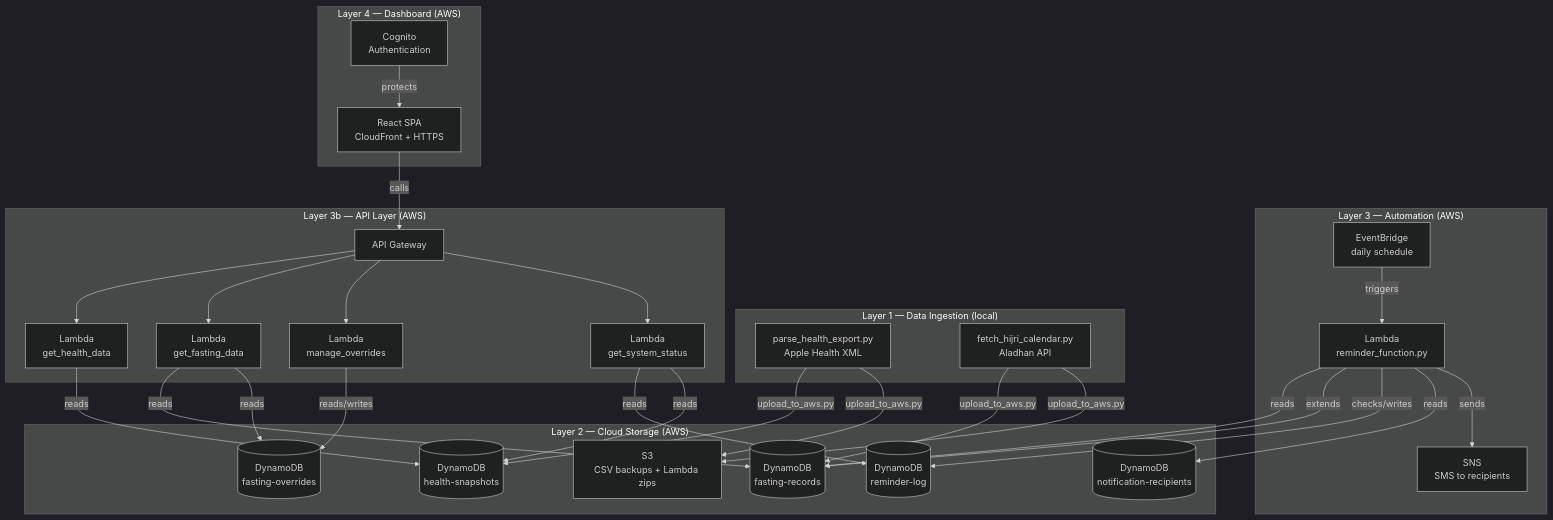
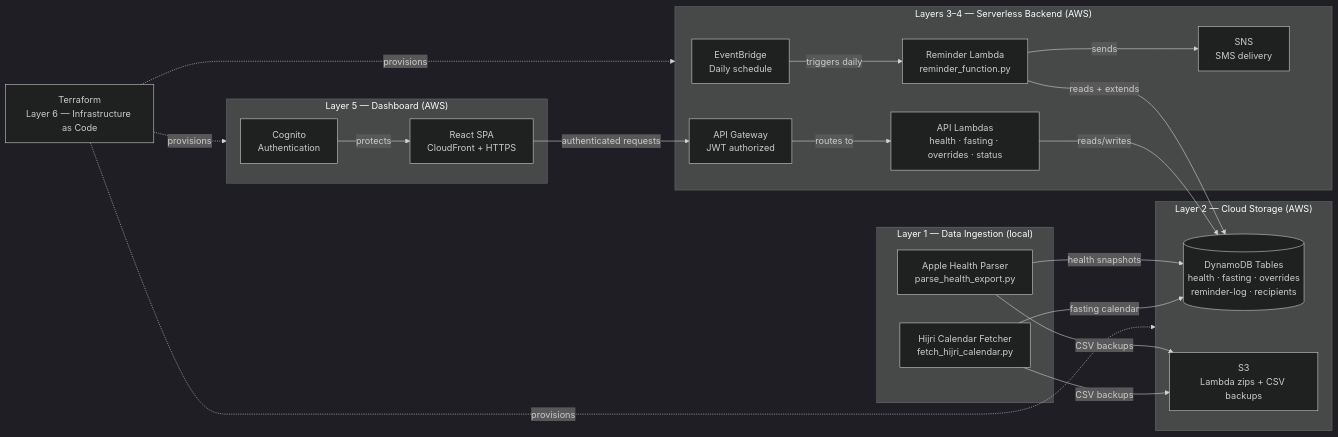
Before and after one commit to rrzaman/fasting-tracker: the diagram in README.md, drawn with Mermaid (dark theme). The commit also changed other lines of this file and 3 other files, not shown here.

````diff
--- a/README.md
+++ b/README.md
@@ -73,53 +95,45 @@
 ```mermaid
-flowchart TD
+flowchart LR
     subgraph Local["Layer 1 — Data Ingestion (local)"]
-        A[parse_health_export.py\nApple Health XML]
-        B[fetch_hijri_calendar.py\nAladhan API]
+        A[Apple Health Parser\nparse_health_export.py]
+        B[Hijri Calendar Fetcher\nfetch_hijri_calendar.py]
     end
 
     subgraph Storage["Layer 2 — Cloud Storage (AWS)"]
-        C[(DynamoDB\nhealth-snapshots)]
-        D[(DynamoDB\nfasting-records)]
-        E[(DynamoDB\nfasting-overrides)]
-        R[(DynamoDB\nreminder-log)]
-        P[(DynamoDB\nnotification-recipients)]
-        F[S3\nCSV backups + Lambda zips]
+        C[(DynamoDB Tables\nhealth · fasting · overrides\nreminder-log · recipients)]
+        F[S3\nLambda zips + CSV backups]
     end
 
-    subgraph Automation["Layer 3 — Automation (AWS)"]
-        G[EventBridge\ndaily schedule]
-        H[Lambda\nreminder_function.py]
-        I[SNS\nSMS to recipients]
+    subgraph Backend["Layers 3–4 — Serverless Backend (AWS)"]
+        G[EventBridge\nDaily schedule]
+        H[Reminder Lambda\nreminder_function.py]
+        J[API Gateway\nJWT authorized]
+        X[API Lambdas\nhealth · fasting · overrides · status]
+        I[SNS\nSMS delivery]
     end
 
-    subgraph APILayer["Layer 3b — API Layer (AWS)"]
-        J[API Gateway]
-        K[Lambda\nget_health_data]
-        L[Lambda\nget_fasting_data]
-        M[Lambda\nmanage_overrides]
-        Q[Lambda\nget_system_status]
-    end
-
-    subgraph Frontend["Layer 4 — Dashboard (AWS)"]
+    subgraph Frontend["Layer 5 — Dashboard (AWS)"]
         N[Cognito\nAuthentication]
         O[React SPA\nCloudFront + HTTPS]
     end
 
-    A -->|upload_to_aws.py| C
-    A -->|upload_to_aws.py| F
-    B -->|upload_to_aws.py| D
-    B -->|upload_to_aws.py| F
-    G -->|triggers| H
-    H -->|reads| D
-    H -->|extends| D
-    H -->|checks/writes| R
-    H -->|reads| P
+    T[Terraform\nLayer 6 — Infrastructure as Code]
+
+    T -.->|provisions| Storage
+    T -.->|provisions| Backend
+    T -.->|provisions| Frontend
+
+    A -->|health snapshots| C
+    A -->|CSV backups| F
+    B -->|fasting calendar| C
+    B -->|CSV backups| F
+
+    G -->|triggers daily| H
+    H -->|reads + extends| C
     H -->|sends| I
-    J --> K & L & M & Q
-    K -->|reads| C
-    L -->|reads| D & E
-    M -->|reads/writes| E
-    Q -->|reads| R & C
+
     N -->|protects| O
-    O -->|calls| J
+    O -->|authenticated requests| J
+    J -->|routes to| X
+    X -->|reads/writes| C
 ```
````
